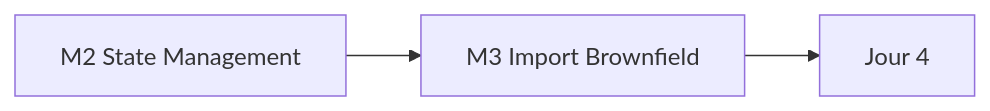
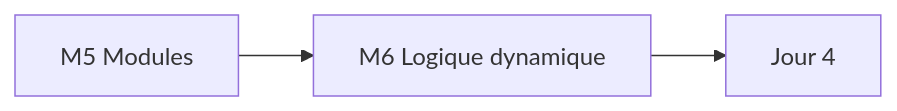
Before and after one commit to msellamiTN/data-plateform-iac: the diagram in courses/day-03/README.md, drawn with Mermaid. The commit also changed other lines of this file and 160 other files, not shown here.

Commit message:
Swap state management (M2/M3) and modules (M5/M6) between days 2 and 3, introduce Snowflake-only login mode for days 1-3, integrate FinOps into day 5 core curriculum, and update all cross-references and navigation links

````diff
--- a/courses/day-03/README.md
+++ b/courses/day-03/README.md
@@ -35,5 +35,5 @@
 ```mermaid
 flowchart LR
-    M2[M2 State Management] --> M3[M3 Import Brownfield]
-    M3 --> J4[Jour 4]
+    M5[M5 Modules] --> M6[M6 Logique dynamique]
+    M6 --> J4[Jour 4]
 ```
````
